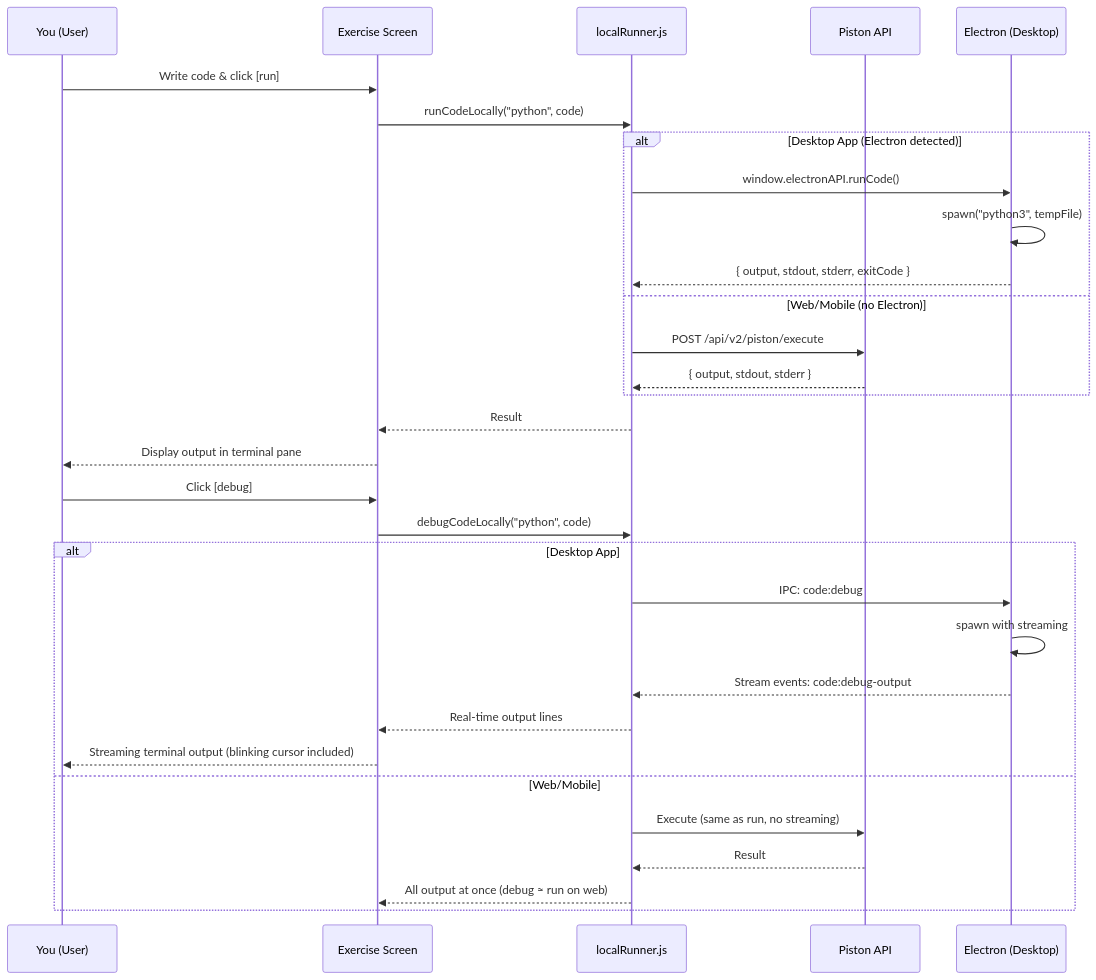
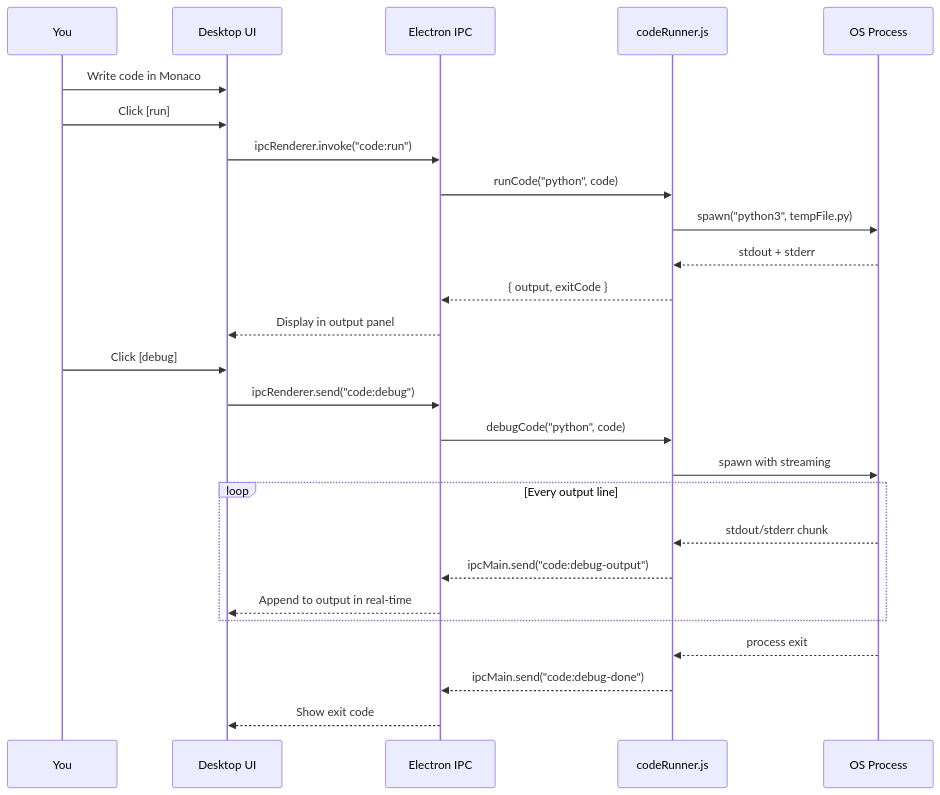
Before and after one commit to 0giinn0/KidhrCode: the third of 5 diagrams in README.md, drawn with Mermaid. The commit also changed other lines of this file, not shown here.

First line of the commit message:
Update README with desktop app architecture, bento layout, and game engine integration docs

````diff
--- a/README.md
+++ b/README.md
@@ -113,38 +177,30 @@
 ```mermaid
 sequenceDiagram
-    participant U as You (User)
-    participant E as Exercise Screen
-    participant L as localRunner.js
-    participant P as Piston API
-    participant EL as Electron (Desktop)
-    
-    U->>E: Write code & click [run]
-    E->>L: runCodeLocally("python", code)
-    
-    alt Desktop App (Electron detected)
-        L->>EL: window.electronAPI.runCode()
-        EL->>EL: spawn("python3", tempFile)
-        EL-->>L: { output, stdout, stderr, exitCode }
-    else Web/Mobile (no Electron)
-        L->>P: POST /api/v2/piston/execute
-        P-->>L: { output, stdout, stderr }
+    participant U as You
+    participant UI as Desktop UI
+    participant EL as Electron IPC
+    participant CR as codeRunner.js
+    participant OS as OS Process
+
+    U->>UI: Write code in Monaco
+    U->>UI: Click [run]
+    UI->>EL: ipcRenderer.invoke("code:run")
+    EL->>CR: runCode("python", code)
+    CR->>OS: spawn("python3", tempFile.py)
+    OS-->>CR: stdout + stderr
+    CR-->>EL: { output, exitCode }
+    EL-->>UI: Display in output panel
+
+    U->>UI: Click [debug]
+    UI->>EL: ipcRenderer.send("code:debug")
+    EL->>CR: debugCode("python", code)
+    CR->>OS: spawn with streaming
+    loop Every output line
+        OS-->>CR: stdout/stderr chunk
+        CR-->>EL: ipcMain.send("code:debug-output")
+        EL-->>UI: Append to output in real-time
     end
-    
-    L-->>E: Result
-    E-->>U: Display output in terminal pane
-
-    U->>E: Click [debug]
-    E->>L: debugCodeLocally("python", code)
-    
-    alt Desktop App
-        L->>EL: IPC: code:debug
-        EL->>EL: spawn with streaming
-        EL-->>L: Stream events: code:debug-output
-        L-->>E: Real-time output lines
-        E-->>U: Streaming terminal output (blinking cursor included)
-    else Web/Mobile
-        L->>P: Execute (same as run, no streaming)
-        P-->>L: Result
-        L-->>E: All output at once (debug ≈ run on web)
-    end
+    OS-->>CR: process exit
+    CR-->>EL: ipcMain.send("code:debug-done")
+    EL-->>UI: Show exit code
 ```
````
